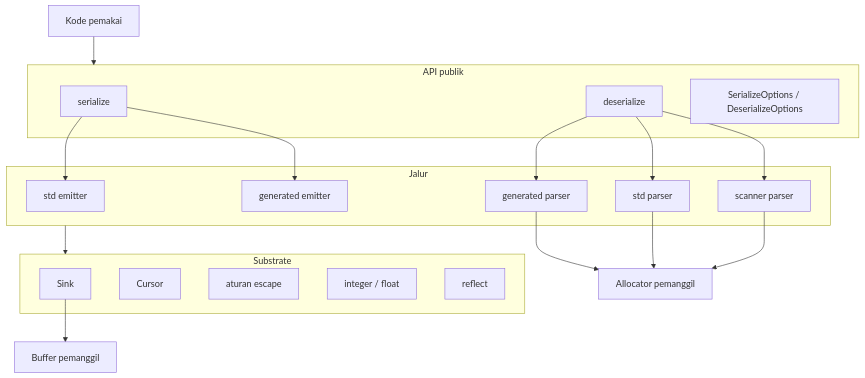
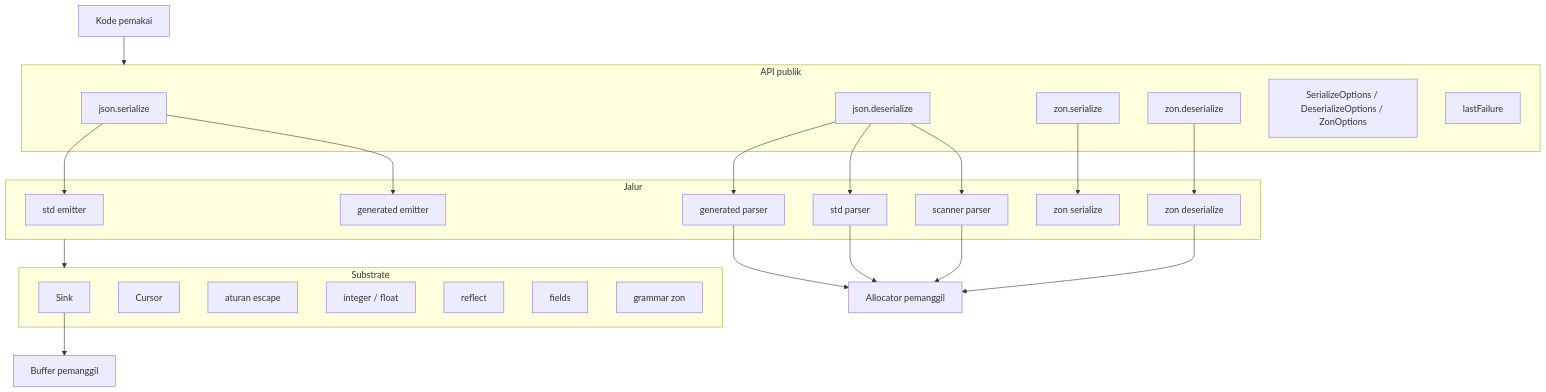
Before and after one commit to prothegee/zix: the first of 4 diagrams in src/jzon/docs/hld-id.md, drawn with Mermaid. The commit also changed other lines of this file, not shown here.

First line of the commit message:
add the ZON layer to the jzon hld

````diff
--- a/src/jzon/docs/hld-id.md
+++ b/src/jzon/docs/hld-id.md
@@ -11,37 +11,47 @@
 ```mermaid
 flowchart TB
     app[Kode pemakai]
     subgraph api [API publik]
-        ser[serialize]
-        des[deserialize]
-        opts[SerializeOptions / DeserializeOptions]
+        jser[json.serialize]
+        jdes[json.deserialize]
+        zser[zon.serialize]
+        zdes[zon.deserialize]
+        opts[SerializeOptions / DeserializeOptions / ZonOptions]
+        fail[lastFailure]
     end
     subgraph paths [Jalur]
         stdemit[std emitter]
         genemit[generated emitter]
         stdparse[std parser]
         scanparse[scanner parser]
         genparse[generated parser]
+        zonemit[zon serialize]
+        zonparse[zon deserialize]
     end
     subgraph substrate [Substrate]
         sink[Sink]
         cursor[Cursor]
         escape[aturan escape]
         number[integer / float]
         reflect[reflect]
+        fields[fields]
+        grammar[grammar zon]
     end
     buf[Buffer pemanggil]
     alloc[Allocator pemanggil]
 
     app --> api
-    ser --> stdemit
-    ser --> genemit
-    des --> stdparse
-    des --> scanparse
-    des --> genparse
+    jser --> stdemit
+    jser --> genemit
+    jdes --> stdparse
+    jdes --> scanparse
+    jdes --> genparse
+    zser --> zonemit
+    zdes --> zonparse
     paths --> substrate
     sink --> buf
     genparse --> alloc
     stdparse --> alloc
     scanparse --> alloc
+    zonparse --> alloc
 ```
````
